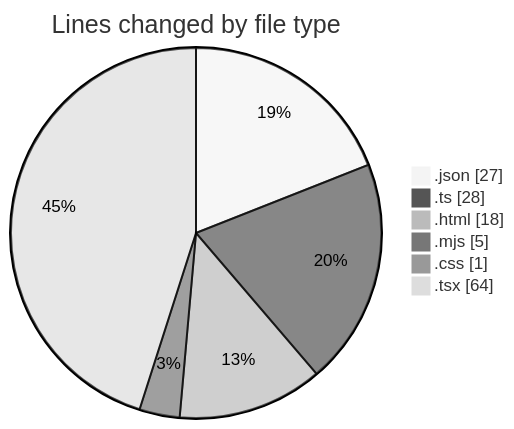
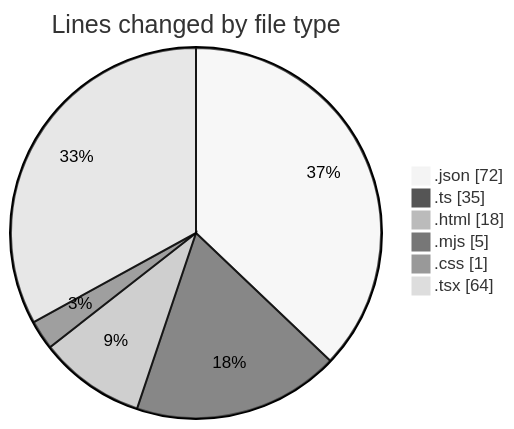
One commit to robertbonfada/code-tracking changed the first of 2 diagrams in 2025-02-26/area-formacao-web/README.md. Above: the diagram before and after it, drawn with Mermaid (neutral theme). The commit also changed other lines of this file and 1 other file, not shown here.

````diff
--- a/2025-02-26/area-formacao-web/README.md
+++ b/2025-02-26/area-formacao-web/README.md
@@ -26,10 +29,10 @@
 ```mermaid
 pie showData
 title Lines changed by file type
-".json" : 27
-".ts" : 28
+".json" : 72
+".ts" : 35
 ".html" : 18
 ".mjs" : 5
 ".css" : 1
 ".tsx" : 64
 ```
````
